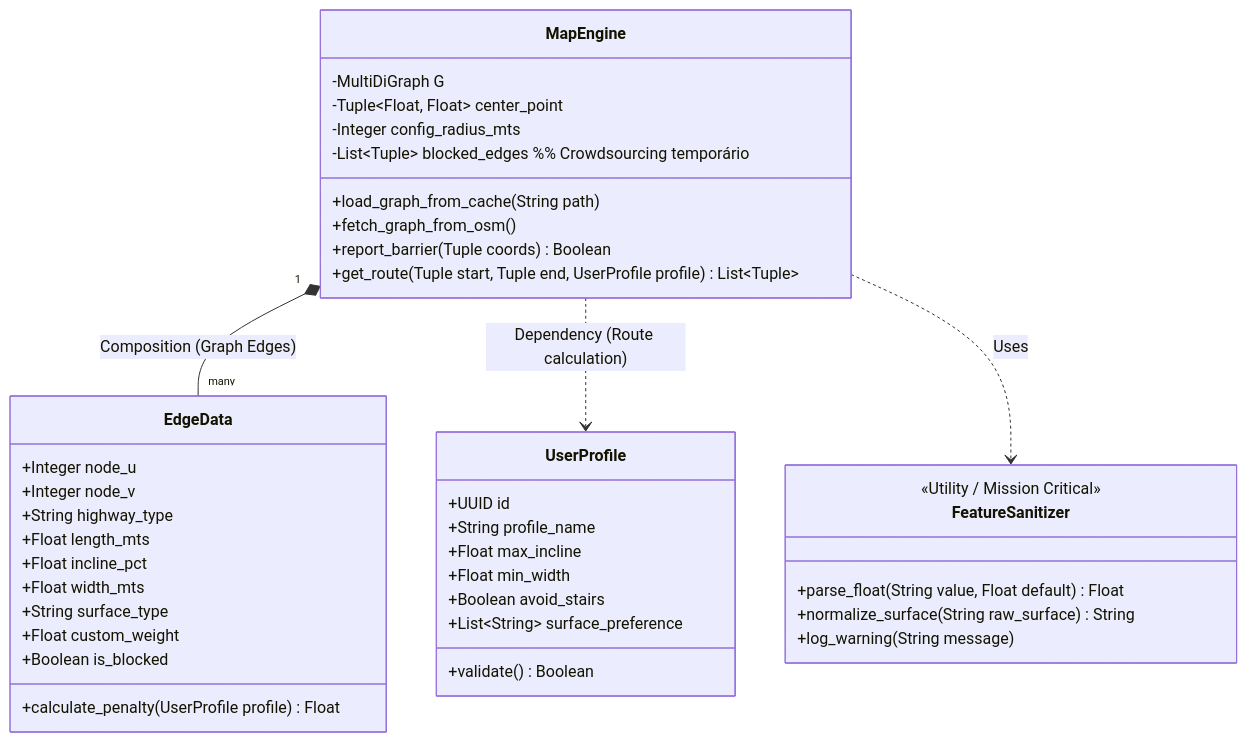
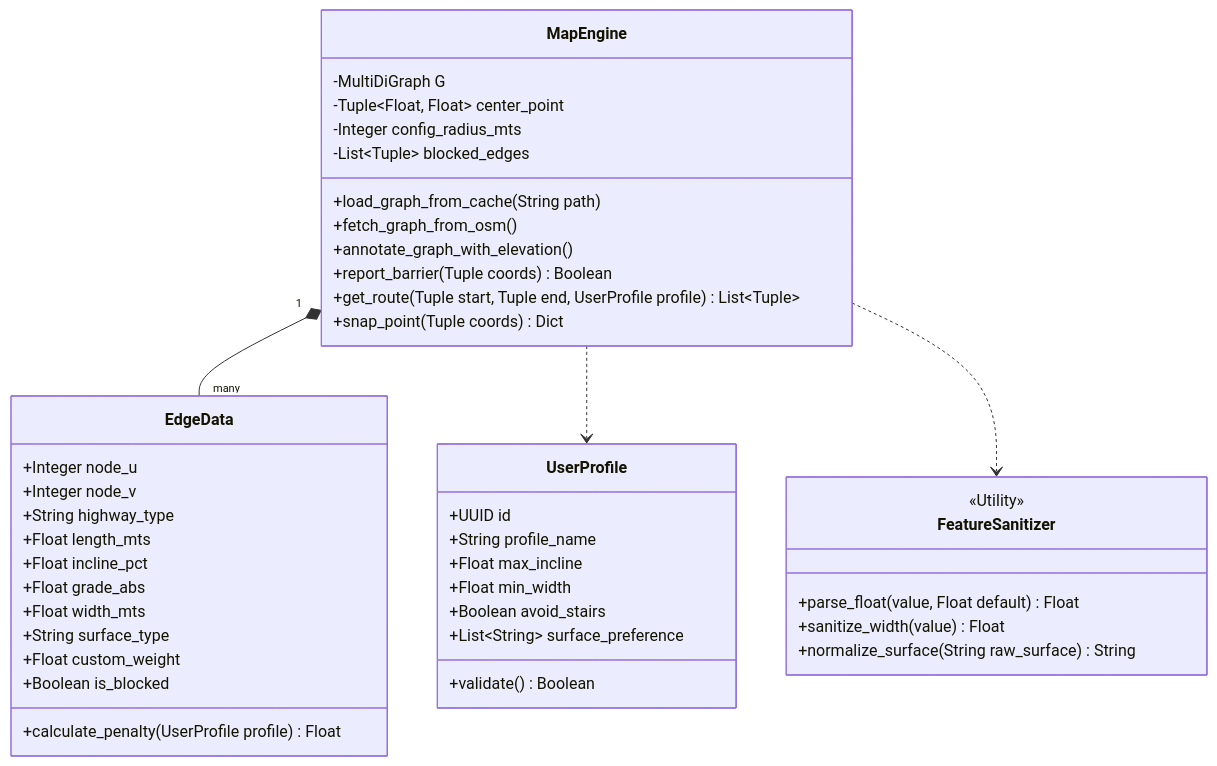
One commit to antoniosfnascimento/IPC changed the second of 3 diagrams in docs/documentacaoPlataforma/Especificacao_Desenvolvimento_App.md. Above: the diagram before and after it, drawn with Mermaid. The commit also changed other lines of this file and 50 other files, not shown here.

````diff
--- a/docs/documentacaoPlataforma/Especificacao_Desenvolvimento_App.md
+++ b/docs/documentacaoPlataforma/Especificacao_Desenvolvimento_App.md
@@ -38,47 +40,50 @@
 ```mermaid
 classDiagram
     class UserProfile {
         +UUID id
         +String profile_name
         +Float max_incline
         +Float min_width
         +Boolean avoid_stairs
         +List~String~ surface_preference
         +validate() Boolean
     }
 
     class MapEngine {
         -MultiDiGraph G
         -Tuple~Float, Float~ center_point
         -Integer config_radius_mts
-        -List~Tuple~ blocked_edges  %% Crowdsourcing temporário
+        -List~Tuple~ blocked_edges
         +load_graph_from_cache(String path)
         +fetch_graph_from_osm()
+        +annotate_graph_with_elevation()
         +report_barrier(Tuple coords) Boolean
         +get_route(Tuple start, Tuple end, UserProfile profile) List~Tuple~
+        +snap_point(Tuple coords) Dict
     }
 
     class EdgeData {
         +Integer node_u
         +Integer node_v
         +String highway_type
         +Float length_mts
         +Float incline_pct
+        +Float grade_abs
         +Float width_mts
         +String surface_type
         +Float custom_weight
         +Boolean is_blocked
         +calculate_penalty(UserProfile profile) Float
     }
 
     class FeatureSanitizer {
-        <<Utility / Mission Critical>>
-        +parse_float(String value, Float default) Float
+        <<Utility>>
+        +parse_float(value, Float default) Float
+        +sanitize_width(value) Float
         +normalize_surface(String raw_surface) String
-        +log_warning(String message)
     }
 
-    MapEngine "1" *-- "many" EdgeData : Composition (Graph Edges)
-    MapEngine ..> UserProfile : Dependency (Route calculation)
-    MapEngine ..> FeatureSanitizer : Uses
+    MapEngine "1" *-- "many" EdgeData
+    MapEngine ..> UserProfile
+    MapEngine ..> FeatureSanitizer
 ```
````
